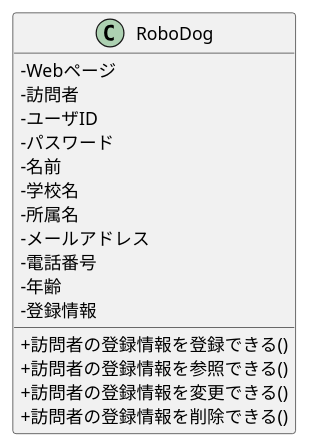
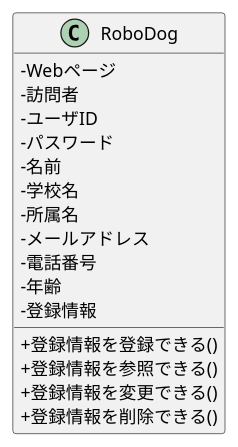
Before and after one commit to ko246/ohara_uml: the diagram in group/07_web_visitor/class.pu, drawn with PlantUML. The commit also changed 5 other files, not shown here.

```diff
--- a/group/07_web_visitor/class.pu
+++ b/group/07_web_visitor/class.pu
@@ -1,26 +1,26 @@
 @startuml 訪問者システム
 skinparam classAttributeIconSize 0
 class RoboDog {
     '属性
     -Webページ
     -訪問者
     -ユーザID
     -パスワード
     -名前
     -学校名
     -所属名
     -メールアドレス
     -電話番号
     -年齢
     -登録情報
 
 
     '操作
-    +訪問者の登録情報を登録できる()
-    +訪問者の登録情報を参照できる()
-    +訪問者の登録情報を変更できる()
-    +訪問者の登録情報を削除できる()
+    +登録情報を登録できる()
+    +登録情報を参照できる()
+    +登録情報を変更できる()
+    +登録情報を削除できる()
     
 }
 
 @enduml
```
